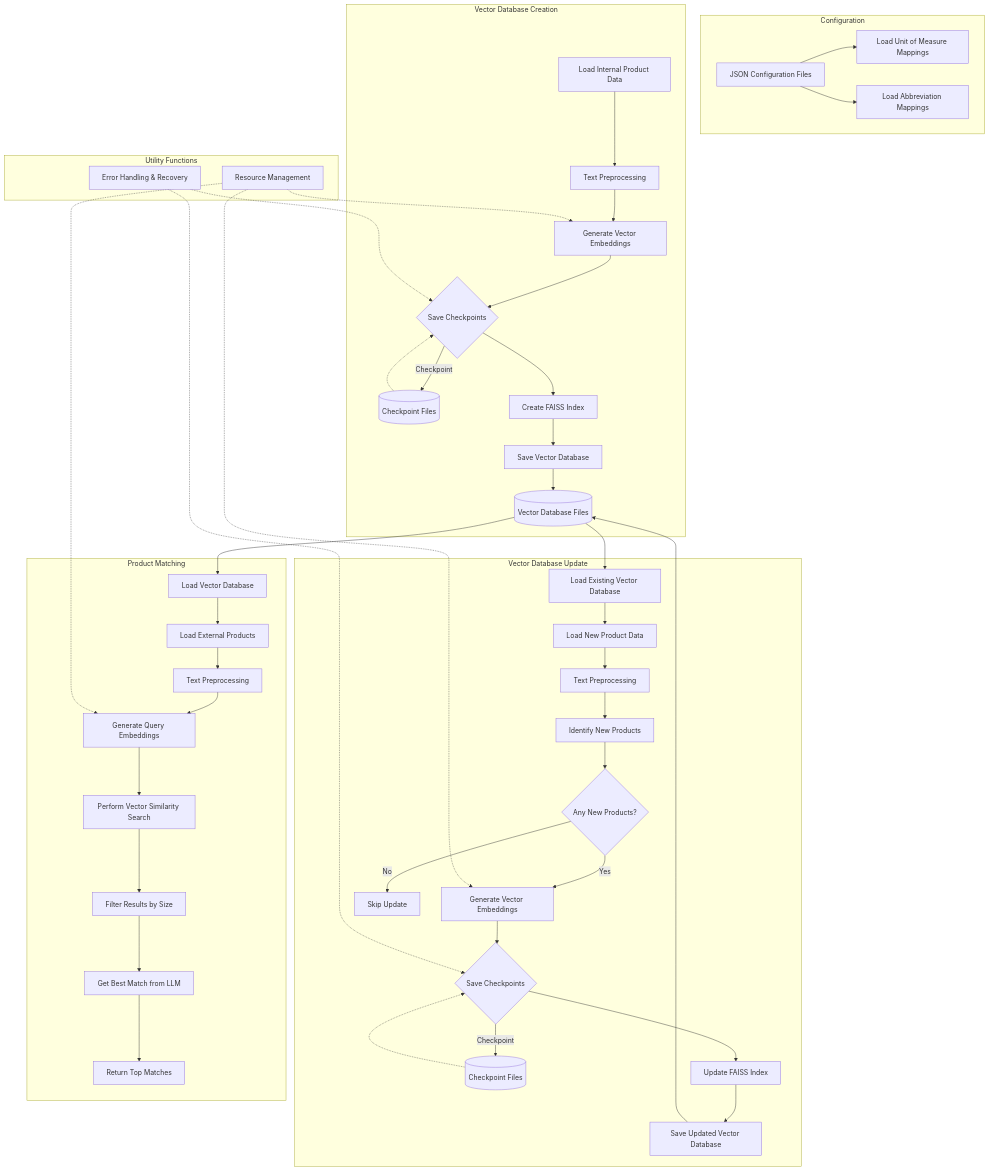
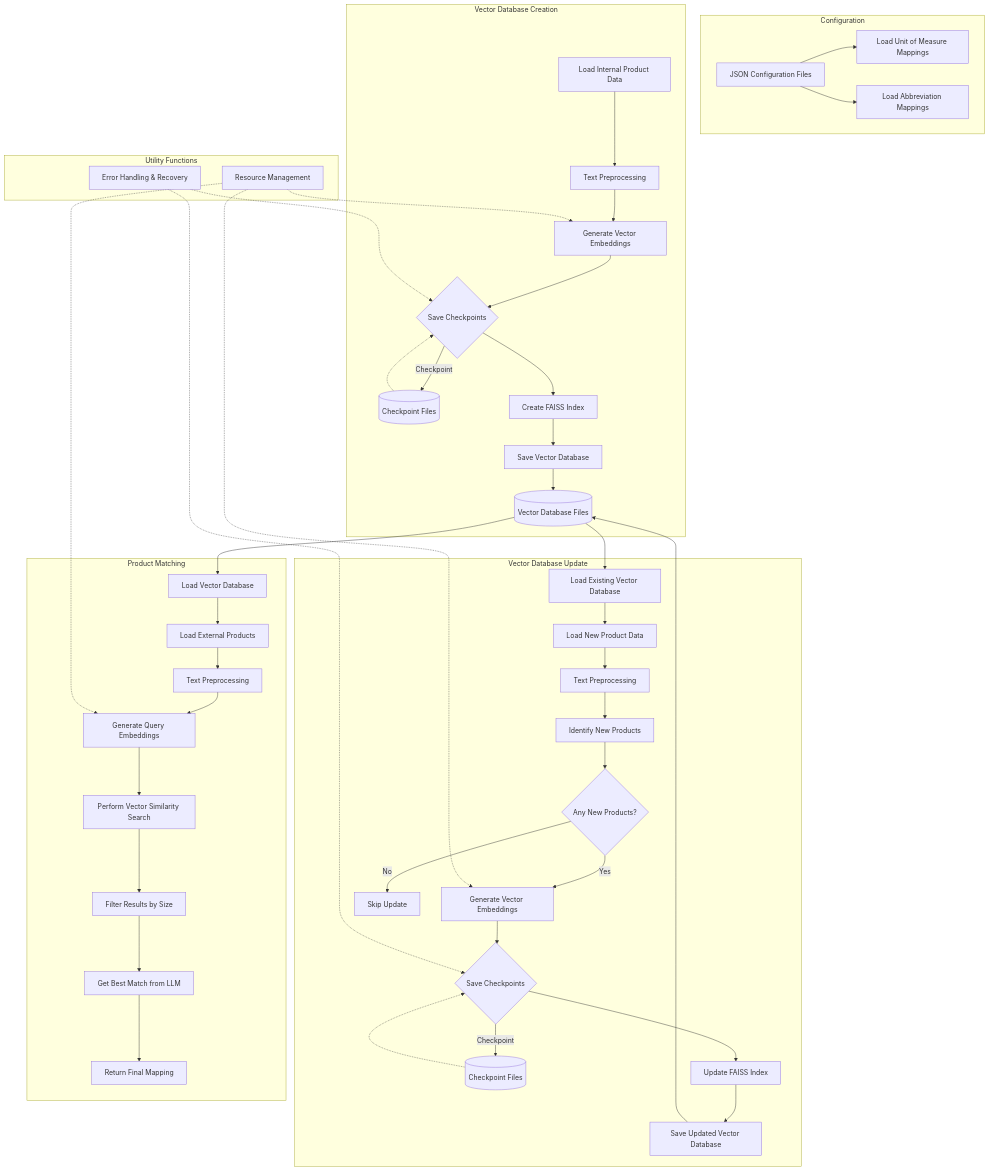
The second of 2 diagrams in README.md (bonjourusman/product-matcher), drawn with Mermaid before and after one commit. The commit also changed other lines of this file, not shown here.

````diff
--- a/README.md
+++ b/README.md
@@ -44,54 +95,54 @@
 ```mermaid
 graph TD
     subgraph "Configuration"
         A[JSON Configuration Files] --> B[Load Unit of Measure Mappings]
         A --> C[Load Abbreviation Mappings]
     end
 
     subgraph "Vector Database Creation"
         D[Load Internal Product Data] --> E[Text Preprocessing]
         E --> F[Generate Vector Embeddings]
         F --> G{Save Checkpoints}
         G -->|Checkpoint| H[(Checkpoint Files)]
         G --> I[Create FAISS Index]
         I --> J[Save Vector Database]
         J --> K[(Vector Database Files)]
     end
 
     subgraph "Vector Database Update"
         L[Load Existing Vector Database] --> M[Load New Product Data]
         M --> N[Text Preprocessing]
         N --> O[Identify New Products]
         O --> P{Any New Products?}
         P -->|Yes| Q[Generate Vector Embeddings]
         P -->|No| R[Skip Update]
         Q --> S{Save Checkpoints}
         S -->|Checkpoint| T[(Checkpoint Files)]
         S --> U[Update FAISS Index]
         U --> V[Save Updated Vector Database]
         V --> K
     end
 
     subgraph "Product Matching"
         W[Load Vector Database] --> X[Load External Products]
         X --> Y[Text Preprocessing]
         Y --> Z[Generate Query Embeddings]
         Z --> AA[Perform Vector Similarity Search]
         AA --> AB[Filter Results by Size]
         AB --> AC[Get Best Match from LLM]
-        AC --> AD[Return Top Matches]
+        AC --> AD[Return Final Mapping]
     end
 
     subgraph "Utility Functions"
         AF[Resource Management] -.-> F
         AF -.-> Q
         AF -.-> Z
         AG[Error Handling & Recovery] -.-> G
         AG -.-> S
     end
 
     H -.-> G
     T -.-> S
     K --> L
     K --> W
 ```
````
